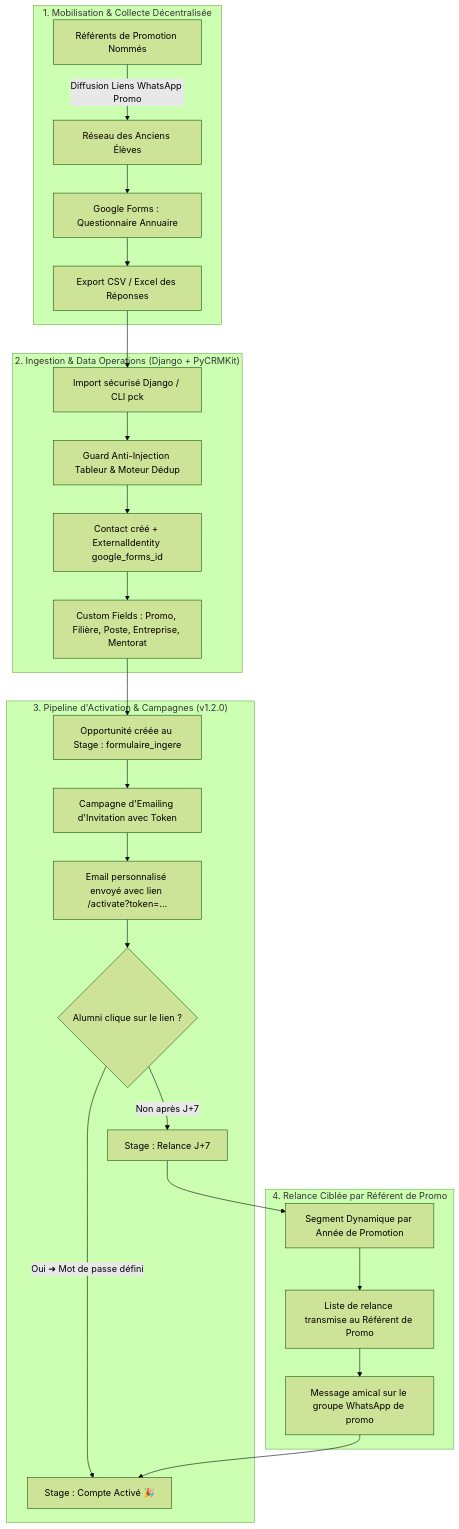
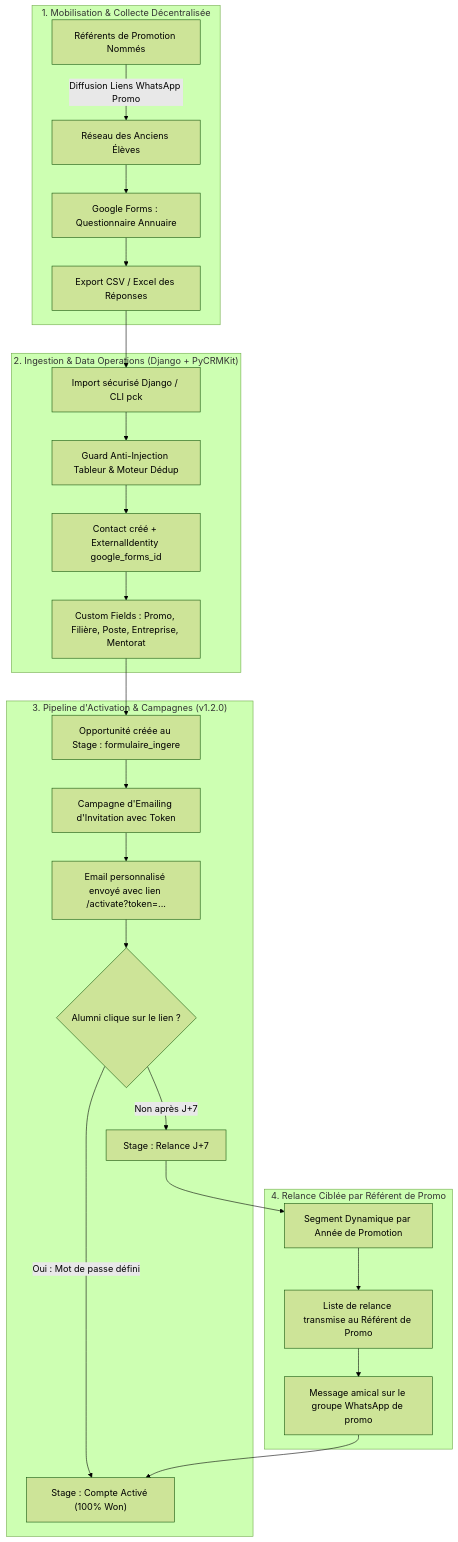
Before and after one commit to tawounfouet/pycrmkit: the diagram in docs/analysis/alumni-directory-and-network-activation.md, drawn with Mermaid (forest theme). The commit also changed 33 other files, not shown here.

Commit message:
fix(docs): standardize relative markdown links, fix mermaid syntax and add ascii schemas

````diff
--- a/docs/analysis/alumni-directory-and-network-activation.md
+++ b/docs/analysis/alumni-directory-and-network-activation.md
@@ -49,31 +49,31 @@
 ```mermaid
 flowchart TD
     subgraph Sourcing ["1. Mobilisation & Collecte Décentralisée"]
-        Ambassadors[Référents de Promotion Nommés] -->|Diffusion Liens WhatsApp Promo| Network[Réseau des Anciens Élèves]
-        Network --> GForms[Google Forms : Questionnaire Annuaire]
-        GForms --> Export[Export CSV / Excel des Réponses]
+        Ambassadors["Référents de Promotion Nommés"] -->|"Diffusion Liens WhatsApp Promo"| Network["Réseau des Anciens Élèves"]
+        Network --> GForms["Google Forms : Questionnaire Annuaire"]
+        GForms --> Export["Export CSV / Excel des Réponses"]
     end
 
     subgraph Ingestion ["2. Ingestion & Data Operations (Django + PyCRMKit)"]
-        Export --> Script[Import sécurisé Django / CLI pck]
-        Script --> DedupGuard[Guard Anti-Injection Tableur & Moteur Dédup]
-        DedupGuard --> Contact[Contact créé + ExternalIdentity google_forms_id]
-        Contact --> CF[Custom Fields : Promo, Filière, Poste, Entreprise, Mentorat]
+        Export --> Script["Import sécurisé Django / CLI pck"]
+        Script --> DedupGuard["Guard Anti-Injection Tableur & Moteur Dédup"]
+        DedupGuard --> Contact["Contact créé + ExternalIdentity google_forms_id"]
+        Contact --> CF["Custom Fields : Promo, Filière, Poste, Entreprise, Mentorat"]
     end
 
     subgraph Activation ["3. Pipeline d'Activation & Campagnes (v1.2.0)"]
-        CF --> Opp[Opportunité créée au Stage : formulaire_ingere]
-        Opp --> InviteCampaign[Campagne d'Emailing d'Invitation avec Token]
-        InviteCampaign --> Email[Email personnalisé envoyé avec lien /activate?token=...]
-        Email --> TokenClick{Alumni clique sur le lien ?}
-        TokenClick -->|Oui ➔ Mot de passe défini| Won[Stage : Compte Activé 🎉]
-        TokenClick -->|Non après J+7| Pending[Stage : Relance J+7]
+        CF --> Opp["Opportunité créée au Stage : formulaire_ingere"]
+        Opp --> InviteCampaign["Campagne d'Emailing d'Invitation avec Token"]
+        InviteCampaign --> Email["Email personnalisé envoyé avec lien /activate?token=..."]
+        Email --> TokenClick{"Alumni clique sur le lien ?"}
+        TokenClick -->|"Oui : Mot de passe défini"| Won["Stage : Compte Activé (100% Won)"]
+        TokenClick -->|"Non après J+7"| Pending["Stage : Relance J+7"]
     end
 
     subgraph Relance ["4. Relance Ciblée par Référent de Promo"]
-        Pending --> PromoSeg[Segment Dynamique par Année de Promotion]
-        PromoSeg --> Alert[Liste de relance transmise au Référent de Promo]
-        Alert --> WARemind[Message amical sur le groupe WhatsApp de promo]
+        Pending --> PromoSeg["Segment Dynamique par Année de Promotion"]
+        PromoSeg --> Alert["Liste de relance transmise au Référent de Promo"]
+        Alert --> WARemind["Message amical sur le groupe WhatsApp de promo"]
         WARemind --> Won
     end
 ```
````
